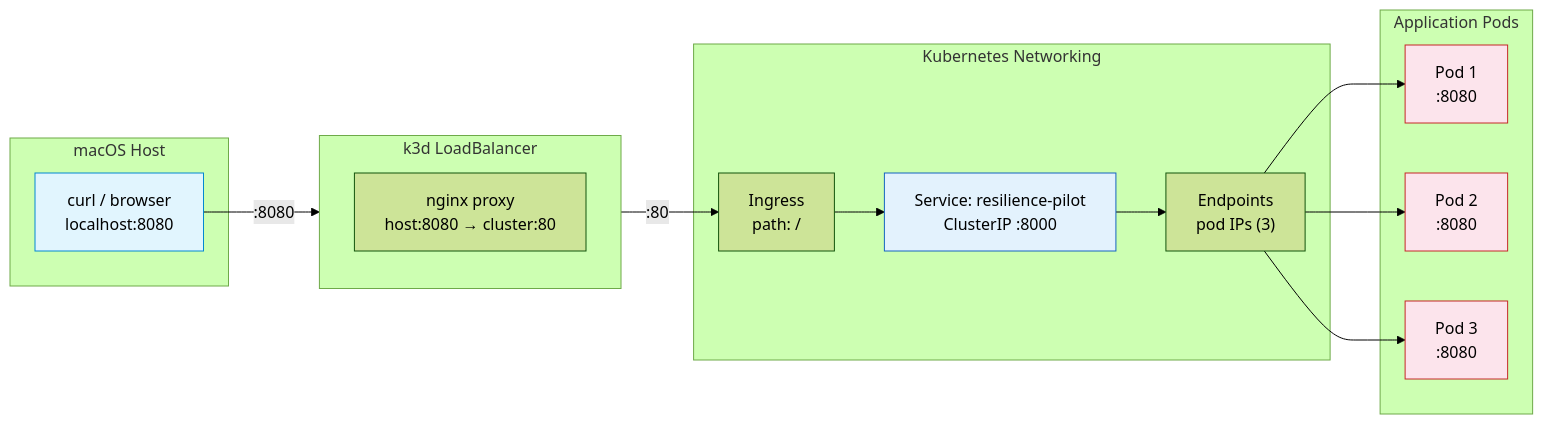
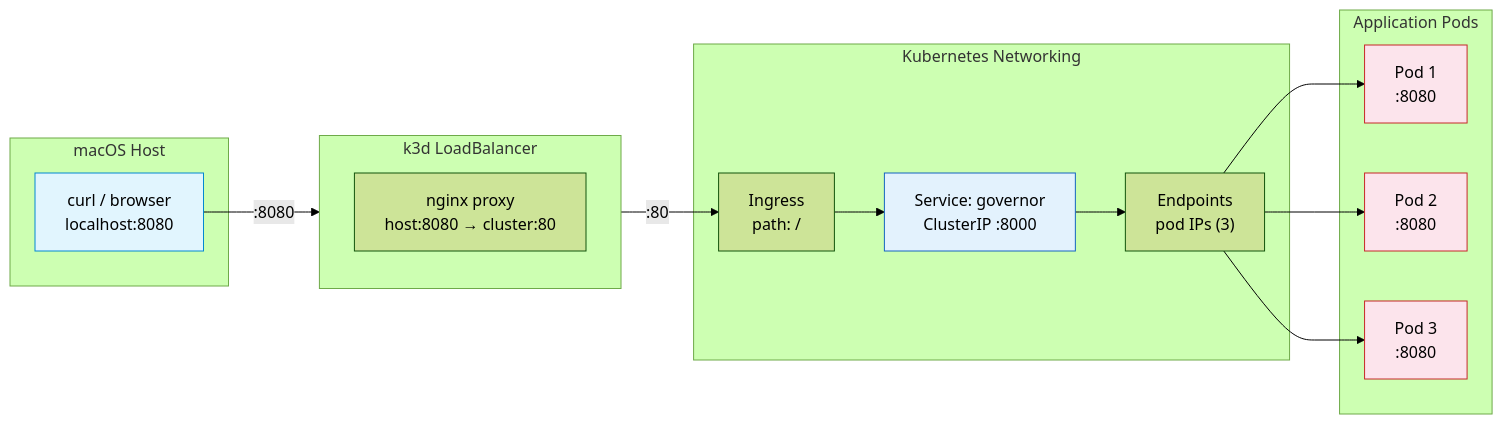
Before and after one commit to AngelP17/Governor: diagram 11 of 13 in docs/architecture.md, drawn with Mermaid (forest theme). The commit also changed other lines of this file and 64 other files, not shown here.

````diff
--- a/docs/architecture.md
+++ b/docs/architecture.md
@@ -409,36 +409,36 @@
 ```mermaid
 flowchart LR
     subgraph Host["macOS Host"]
         CURL["curl / browser<br/>localhost:8080"]
     end
 
     subgraph k3dLB["k3d LoadBalancer"]
         PROXY["nginx proxy<br/>host:8080 → cluster:80"]
     end
 
     subgraph K8S["Kubernetes Networking"]
         INGRESS["Ingress<br/>path: /"]
-        SVC["Service: resilience-pilot<br/>ClusterIP :8000"]
+        SVC["Service: governor<br/>ClusterIP :8000"]
         EP["Endpoints<br/>pod IPs (3)"]
     end
 
     subgraph Pods["Application Pods"]
         P1["Pod 1<br/>:8080"]
         P2["Pod 2<br/>:8080"]
         P3["Pod 3<br/>:8080"]
     end
 
     CURL -->|":8080"| k3dLB
     k3dLB -->|":80"| INGRESS
     INGRESS --> SVC
     SVC --> EP
     EP --> P1
     EP --> P2
     EP --> P3
 
     style CURL fill:#e1f5fe,stroke:#0288d1
     style SVC fill:#e3f2fd,stroke:#1565c0
     style P1 fill:#fce4ec,stroke:#c62828
     style P2 fill:#fce4ec,stroke:#c62828
     style P3 fill:#fce4ec,stroke:#c62828
 ```
````
